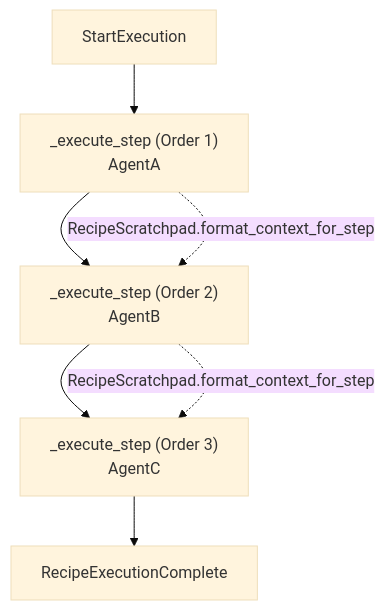
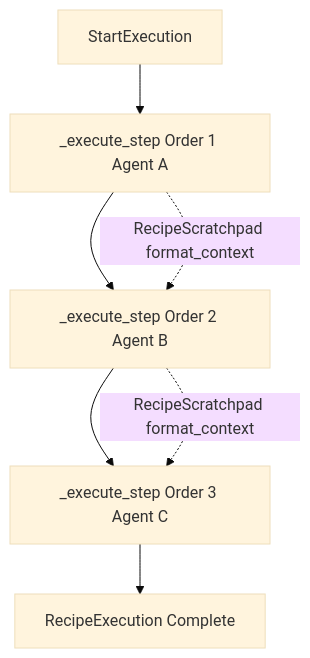
The first of 6 diagrams in docs/workflows-recipes/execution-configuration.md (AutomatosAI/automatos-ai), drawn with Mermaid (base theme) before and after one commit. The commit also changed other lines of this file and 188 other files, not shown here.

First line of the commit message:
docs: refresh architecture docs and add coverage for new subsystems (#1416)

````diff
--- a/docs/workflows-recipes/execution-configuration.md
+++ b/docs/workflows-recipes/execution-configuration.md
@@ -79,10 +71,10 @@
 ```mermaid
 graph TB
-    Start["StartExecution"] --> Step1["_execute_step (Order 1)<br/>AgentA"]
-    Step1 --> Step2["_execute_step (Order 2)<br/>AgentB"]
-    Step2 --> Step3["_execute_step (Order 3)<br/>AgentC"]
-    Step3 --> End["RecipeExecutionComplete"]
+    StartExecution["StartExecution"] --> Step1["_execute_step Order 1 Agent A"]
+    Step1 --> Step2["_execute_step Order 2 Agent B"]
+    Step2 --> Step3["_execute_step Order 3 Agent C"]
+    Step3 --> EndExecution["RecipeExecution Complete"]
     
-    Step1 -.->|"RecipeScratchpad.format_context_for_step"| Step2
-    Step2 -.->|"RecipeScratchpad.format_context_for_step"| Step3
+    Step1 -.->|"RecipeScratchpad format_context"| Step2
+    Step2 -.->|"RecipeScratchpad format_context"| Step3
 ```
````
